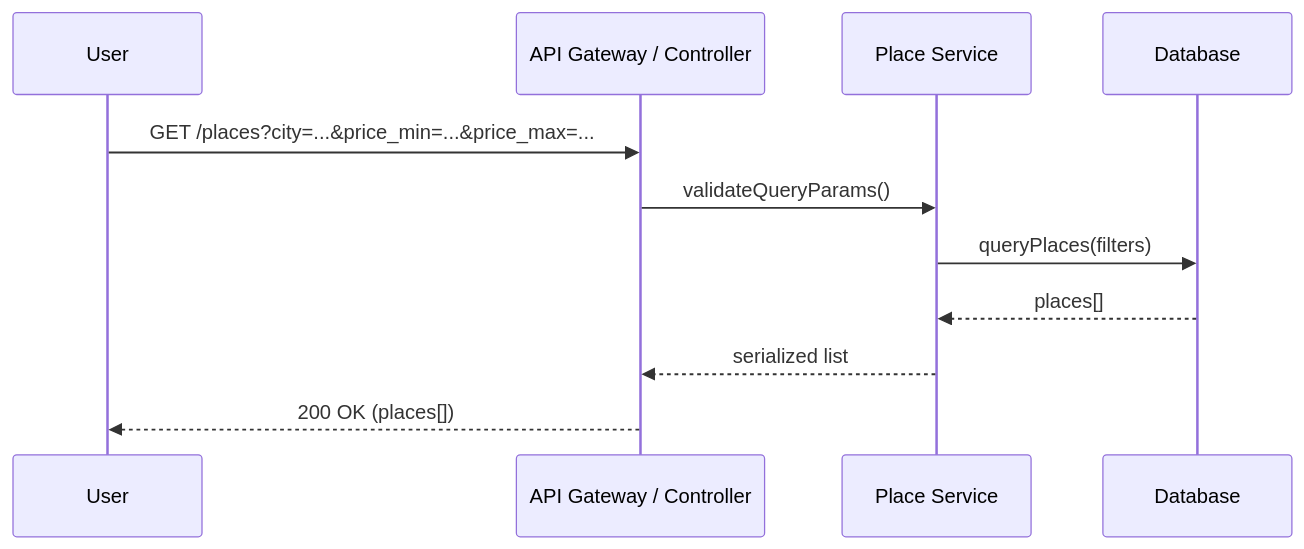
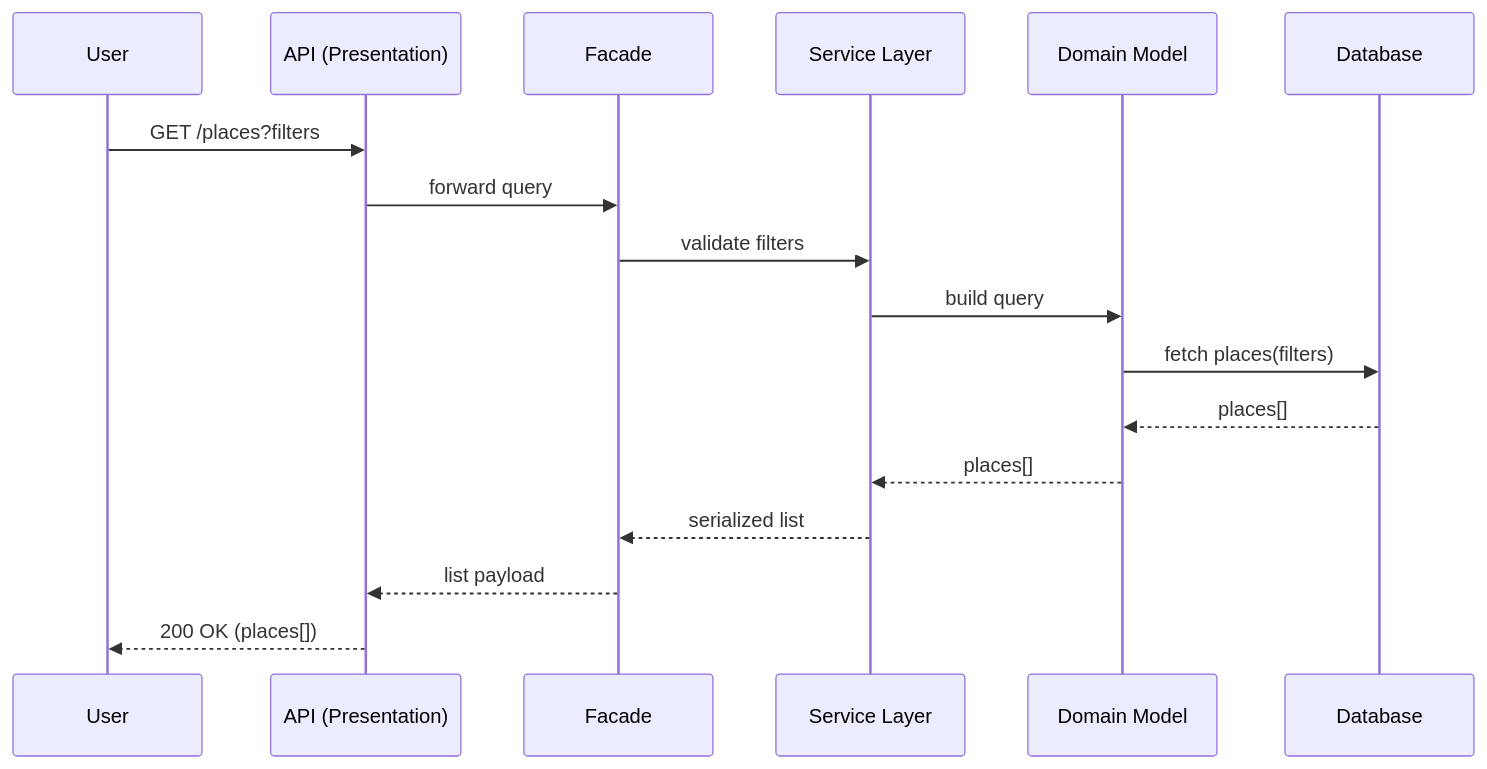
Before and after one commit to kriaa9/holbertonschool-hbnb: the fourth of 4 diagrams in part1/sequence_diagrams.md, drawn with Mermaid. The commit also changed other lines of this file and 1 other file, not shown here.

Commit message:
refactor: update sequence diagrams for API calls to enhance clarity and consistency

````diff
--- a/part1/sequence_diagrams.md
+++ b/part1/sequence_diagrams.md
@@ -71,14 +80,20 @@
 ```mermaid
 sequenceDiagram
- participant User
- participant API as API Gateway / Controller
- participant Service as Place Service
- participant DB as Database
+	participant User
+	participant API as API (Presentation)
+	participant Facade
+	participant Service as Service Layer
+	participant Model as Domain Model
+	participant DB as Database
 
- User->>API: GET /places?city=...&price_min=...&price_max=...
- API->>Service: validateQueryParams()
- Service->>DB: queryPlaces(filters)
- DB-->>Service: places[]
- Service-->>API: serialized list
- API-->>User: 200 OK (places[])
+	User->>API: GET /places?filters
+	API->>Facade: forward query
+	Facade->>Service: validate filters
+	Service->>Model: build query
+	Model->>DB: fetch places(filters)
+	DB-->>Model: places[]
+	Model-->>Service: places[]
+	Service-->>Facade: serialized list
+	Facade-->>API: list payload
+	API-->>User: 200 OK (places[])
 ```
````
